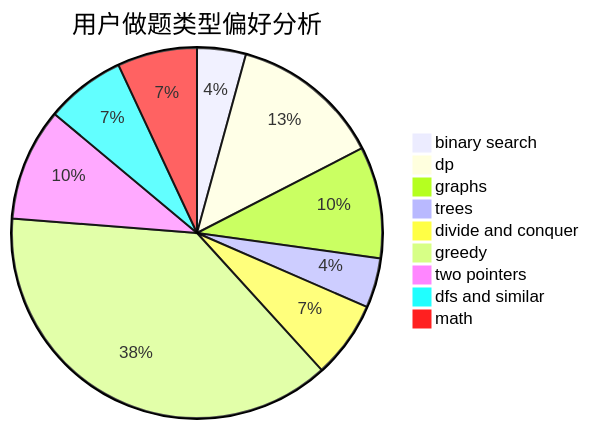
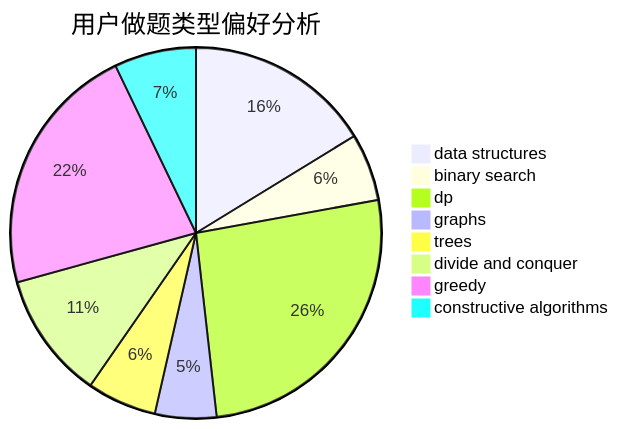
Before and after one commit to sherpahu/cfrs.github.io: the second of 3 diagrams in docs/user/u246.md, drawn with Mermaid. The commit also changed other lines of this file and 2775 other files, not shown here.

````diff
--- a/docs/user/u246.md
+++ b/docs/user/u246.md
@@ -23,12 +23,11 @@
 ```mermaid
 pie title 用户做题类型偏好分析
-    "binary search" :  52
-    "dp" :  161
-    "graphs" :  119
-    "trees" :  53
-    "divide and conquer" :  82
-    "greedy" :  464
-    "two pointers" :  120
-    "dfs and similar" :  85
-    "math" :  85
+    "data structures" :  91
+    "binary search" :  33
+    "dp" :  146
+    "graphs" :  30
+    "trees" :  34
+    "divide and conquer" :  62
+    "greedy" :  124
+    "constructive algorithms" :  40
 ```
````
